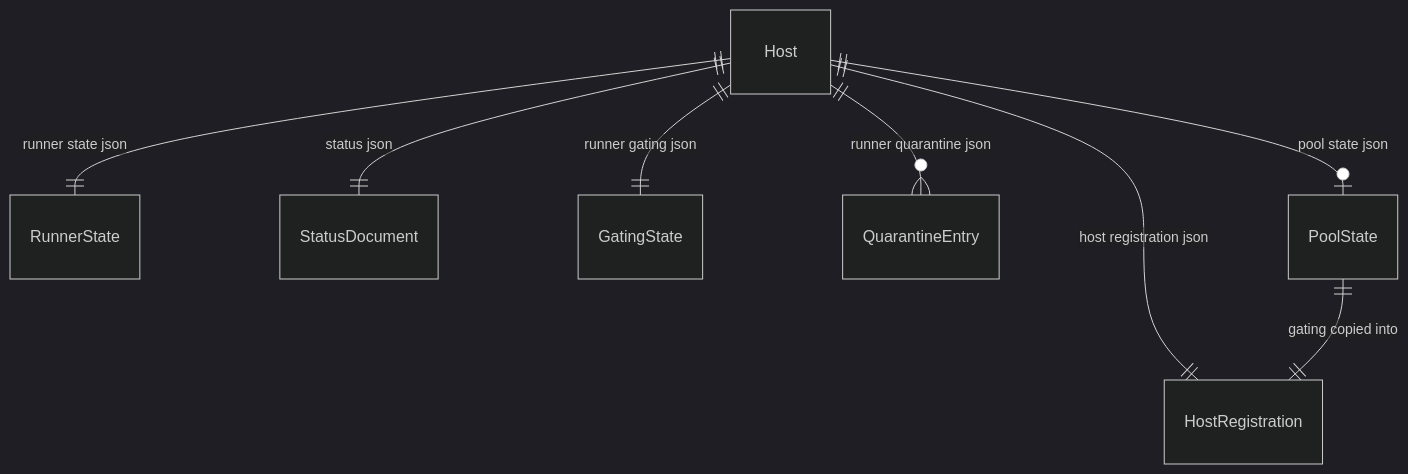
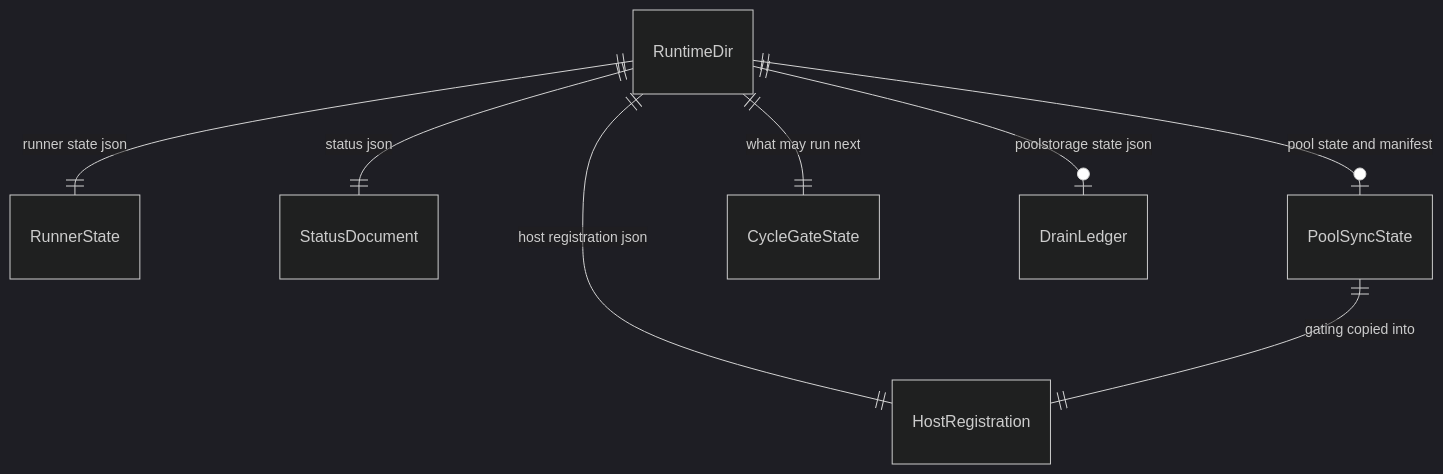
One commit to alissonsol/yuruna changed the ninth of 14 diagrams in docs/design/05-data-model.md. Above: the diagram before and after it, drawn with Mermaid (dark theme). The commit also changed other lines of this file and 752 other files, not shown here.

````diff
--- a/docs/design/05-data-model.md
+++ b/docs/design/05-data-model.md
@@ -422,10 +579,10 @@
 ```mermaid
 erDiagram
-    Host ||--|| RunnerState : "runner state json"
-    Host ||--|| StatusDocument : "status json"
-    Host ||--|| GatingState : "runner gating json"
-    Host ||--o{ QuarantineEntry : "runner quarantine json"
-    Host ||--|| HostRegistration : "host registration json"
-    Host ||--o| PoolState : "pool state json"
-    PoolState ||--|| HostRegistration : "gating copied into"
+    RuntimeDir ||--|| RunnerState : "runner state json"
+    RuntimeDir ||--|| StatusDocument : "status json"
+    RuntimeDir ||--|| HostRegistration : "host registration json"
+    RuntimeDir ||--o| PoolSyncState : "pool state and manifest"
+    RuntimeDir ||--|| CycleGateState : "what may run next"
+    RuntimeDir ||--o| DrainLedger : "poolstorage state json"
+    PoolSyncState ||--|| HostRegistration : "gating copied into"
 ```
````
